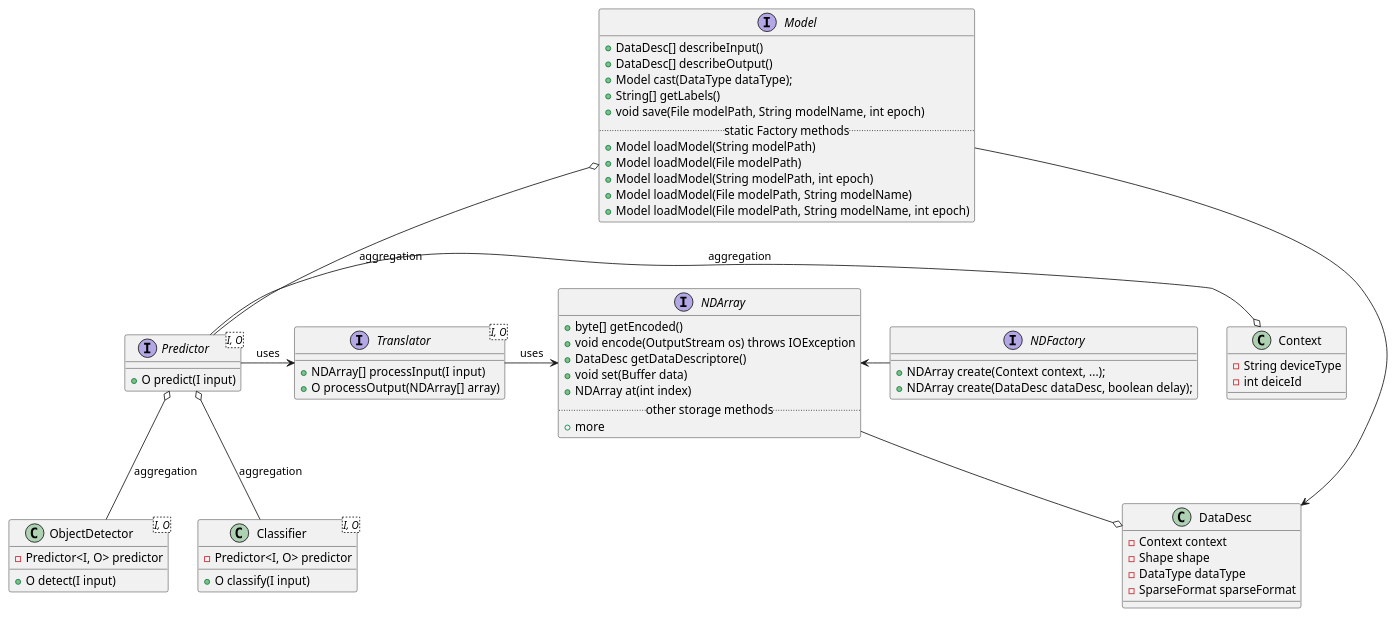
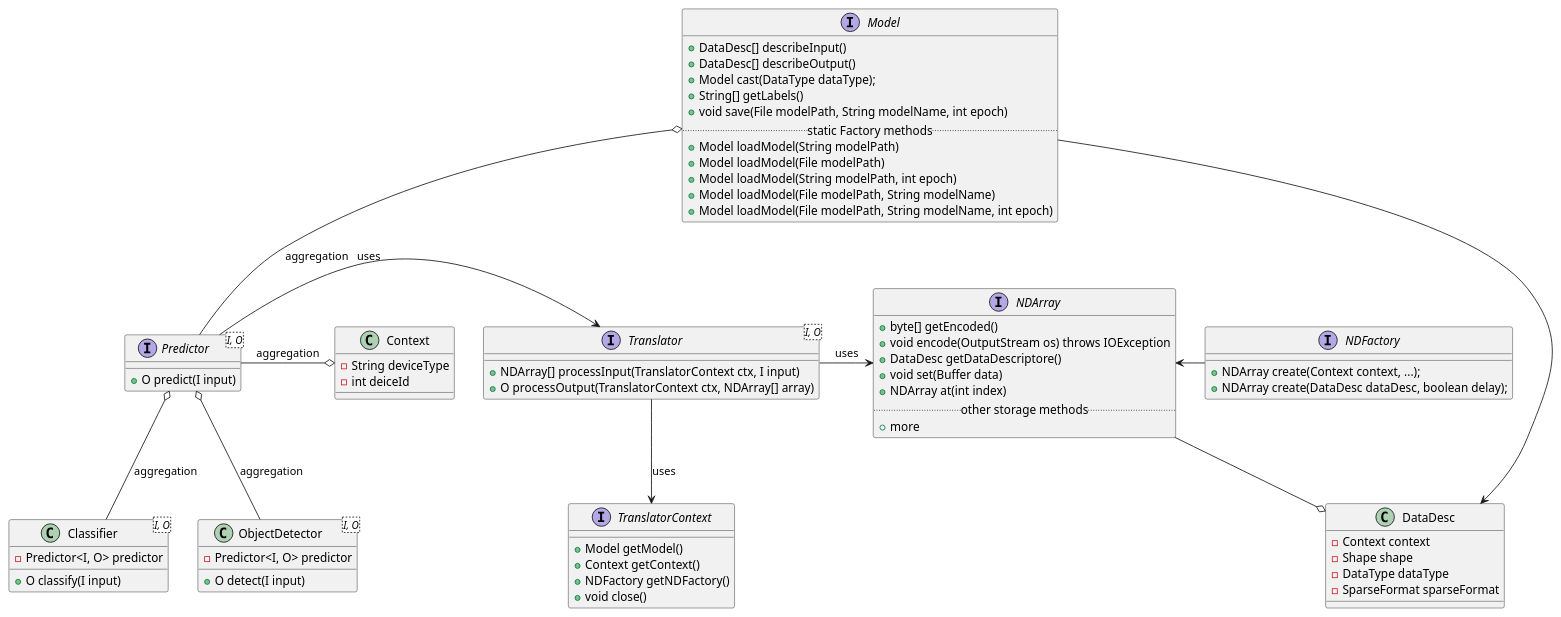
The diagram in api/src/main/uml/Inference.puml (deepjavalibrary/djl), drawn with PlantUML before and after one commit.

Commit message:
Update API class diagram.

```diff
--- a/api/src/main/uml/Inference.puml
+++ b/api/src/main/uml/Inference.puml
@@ -1,72 +1,80 @@
 @startuml
 class Context {
 	-String deviceType
 	-int deiceId
 }
 
 class DataDesc {
 	-Context context
 	-Shape shape
 	-DataType dataType
 	-SparseFormat sparseFormat
 }
 
 interface Model {
     +DataDesc[] describeInput()
     +DataDesc[] describeOutput()
     +Model cast(DataType dataType);
     +String[] getLabels()
     +void save(File modelPath, String modelName, int epoch)
 	.. static Factory methods ..
     +Model loadModel(String modelPath)
     +Model loadModel(File modelPath)
     +Model loadModel(String modelPath, int epoch)
     +Model loadModel(File modelPath, String modelName)
     +Model loadModel(File modelPath, String modelName, int epoch)
 }
 
 interface Translator<I, O> {
-    +NDArray[] processInput(I input)
-    +O processOutput(NDArray[] array)
+    +NDArray[] processInput(TranslatorContext ctx, I input)
+    +O processOutput(TranslatorContext ctx, NDArray[] array)
 }
 
 interface Predictor<I, O> {
     +O predict(I input)
+}
+
+interface TranslatorContext {
+    +Model getModel()
+    +Context getContext()
+    +NDFactory getNDFactory()
+    +void close()
 }
 
 class Classifier<I, O> {
     -Predictor<I, O> predictor
     +O classify(I input)
 }
 
 class ObjectDetector<I, O> {
     -Predictor<I, O> predictor
     +O detect(I input)
 }
 
 interface NDFactory {
     +NDArray create(Context context, ...);
     +NDArray create(DataDesc dataDesc, boolean delay);
 }
 
 interface NDArray {
     +byte[] getEncoded()
     +void encode(OutputStream os) throws IOException
     +DataDesc getDataDescriptore()
     +void set(Buffer data)
     +NDArray at(int index)
 	.. other storage methods ..
     +more
 }
 
 Model -right-> DataDesc
 Model o-down- Predictor : aggregation
 Predictor -right-o Context : aggregation
 Predictor -right-> Translator : uses
 Translator -right-> NDArray : uses
+Translator --> TranslatorContext : uses
 Predictor o-down- Classifier : aggregation
 Predictor o-down- ObjectDetector : aggregation
 NDFactory -left-> NDArray
 NDArray -down-o DataDesc
 
 @enduml
```
